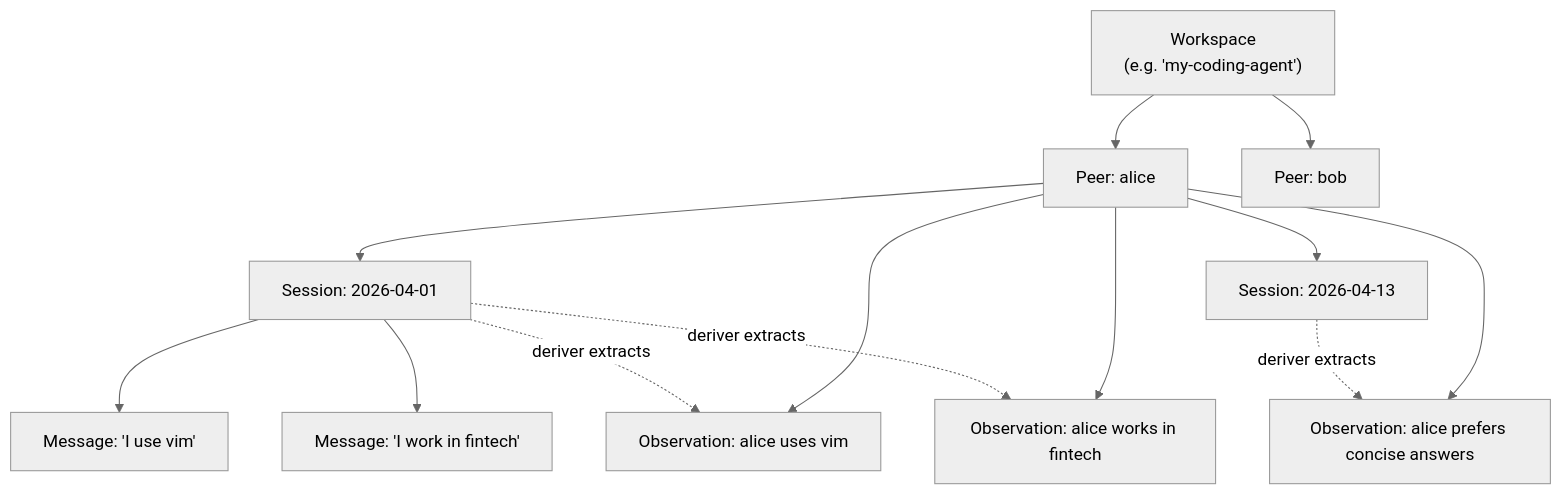
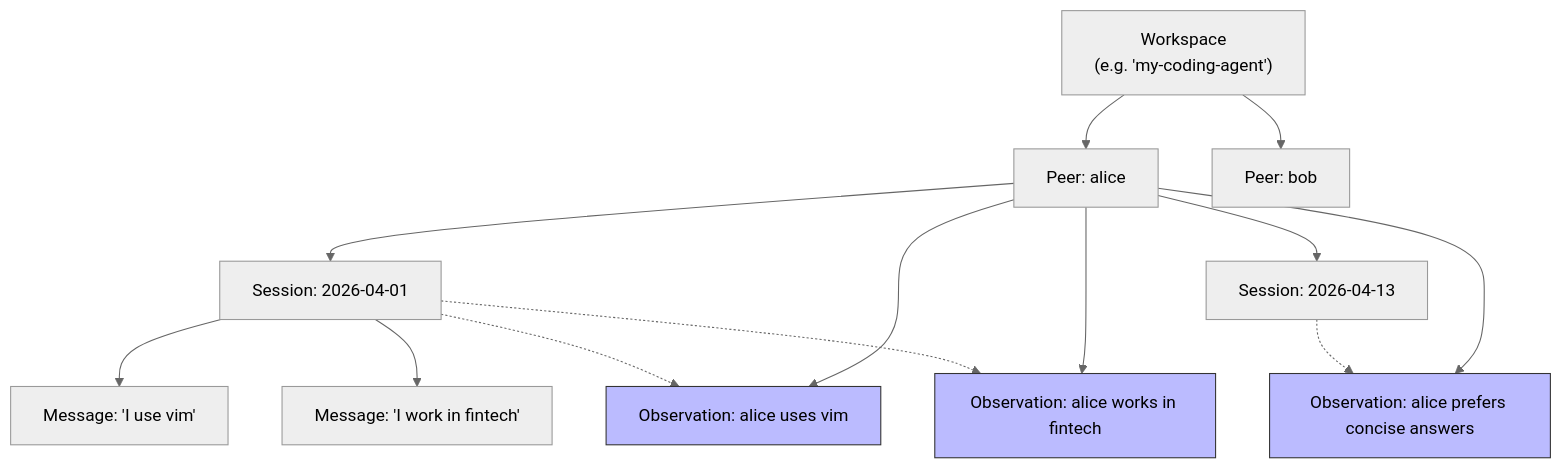
One commit to beyhanmeyrali/BMsCodingMarket changed the second of 7 diagrams in docs/HONCHO_SETUP_GUIDE.md. Above: the diagram before and after it, drawn with Mermaid (neutral theme). The commit also changed other lines of this file and 1 other file, not shown here.

First line of the commit message:
Fix Mermaid diagrams and update README for local Honcho

````diff
--- a/docs/HONCHO_SETUP_GUIDE.md
+++ b/docs/HONCHO_SETUP_GUIDE.md
@@ -62,16 +68,20 @@
 ```mermaid
 graph TD
     WS["Workspace\n(e.g. 'my-coding-agent')"]
     WS --> P1["Peer: alice"]
     WS --> P2["Peer: bob"]
     P1 --> S1["Session: 2026-04-01"]
     P1 --> S2["Session: 2026-04-13"]
     S1 --> M1["Message: 'I use vim'"]
     S1 --> M2["Message: 'I work in fintech'"]
     P1 --> O1["Observation: alice uses vim"]
     P1 --> O2["Observation: alice works in fintech"]
     P1 --> O3["Observation: alice prefers concise answers"]
-    S1 -.->|deriver extracts| O1
-    S1 -.->|deriver extracts| O2
-    S2 -.->|deriver extracts| O3
+    S1 -.-> O1
+    S1 -.-> O2
+    S2 -.-> O3
+
+    style O1 fill:#bbf,stroke:#333,stroke-width:1px
+    style O2 fill:#bbf,stroke:#333,stroke-width:1px
+    style O3 fill:#bbf,stroke:#333,stroke-width:1px
 ```
````
